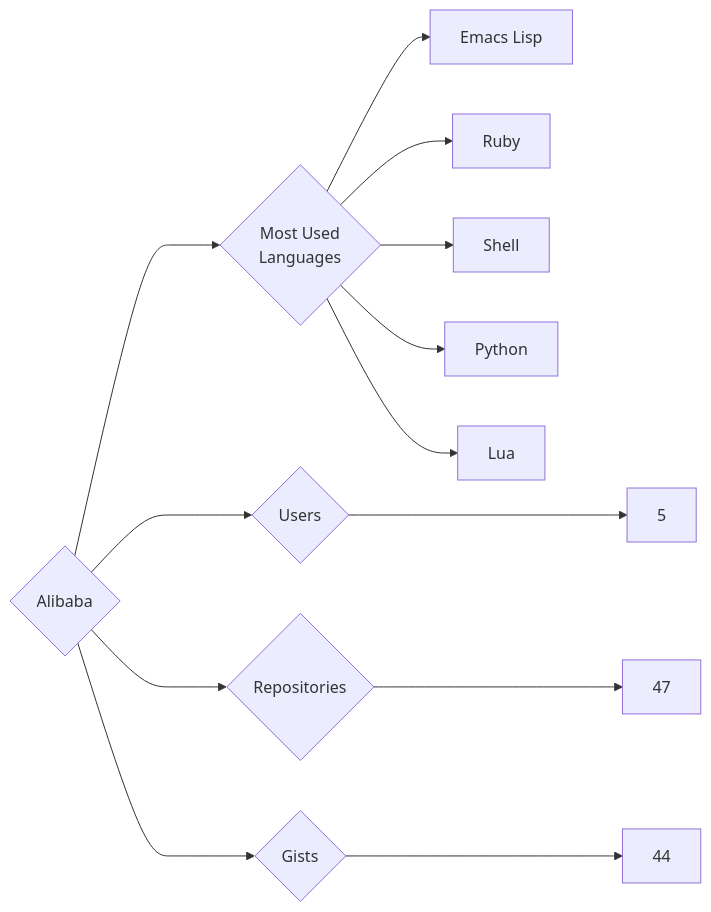
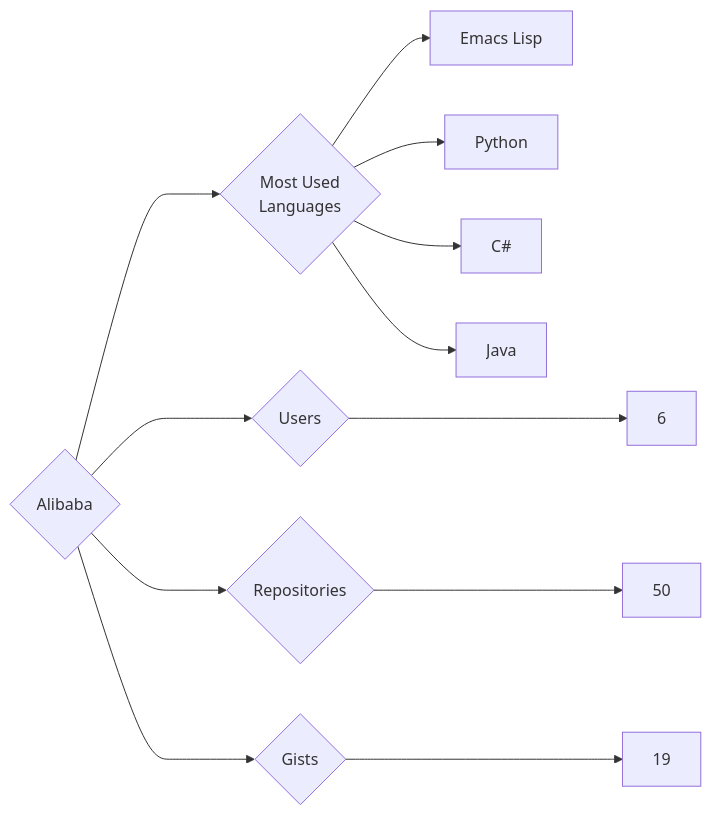
The diagram in targets/Alibaba/README.md (trickest/insiders), drawn with Mermaid before and after one commit. The commit also changed 942 other files, not shown here.

````diff
--- a/targets/Alibaba/README.md
+++ b/targets/Alibaba/README.md
@@ -3,13 +3,12 @@
 ```mermaid
 graph LR
 COMPANY_NAME{Alibaba}
-COMPANY_NAME ---> U{Users} ---> UN[5]
-COMPANY_NAME ---> R{Repositories} ---> RN[47]
-COMPANY_NAME ---> G{Gists} ---> GN[44]
+COMPANY_NAME ---> U{Users} ---> UN[6]
+COMPANY_NAME ---> R{Repositories} ---> RN[50]
+COMPANY_NAME ---> G{Gists} ---> GN[19]
 COMPANY_NAME ---> ML{Most Used<br>Languages}
 ML --> Emacs_Lisp[Emacs Lisp]
-ML --> Ruby[Ruby]
-ML --> Shell[Shell]
 ML --> Python[Python]
-ML --> Lua[Lua]
+ML --> C#[C#]
+ML --> Java[Java]
 ```
````
